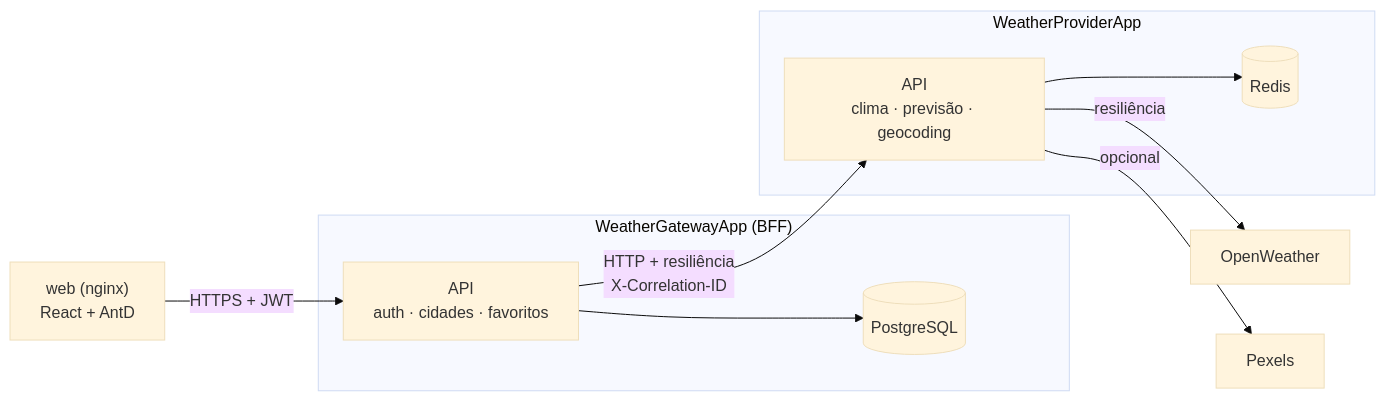
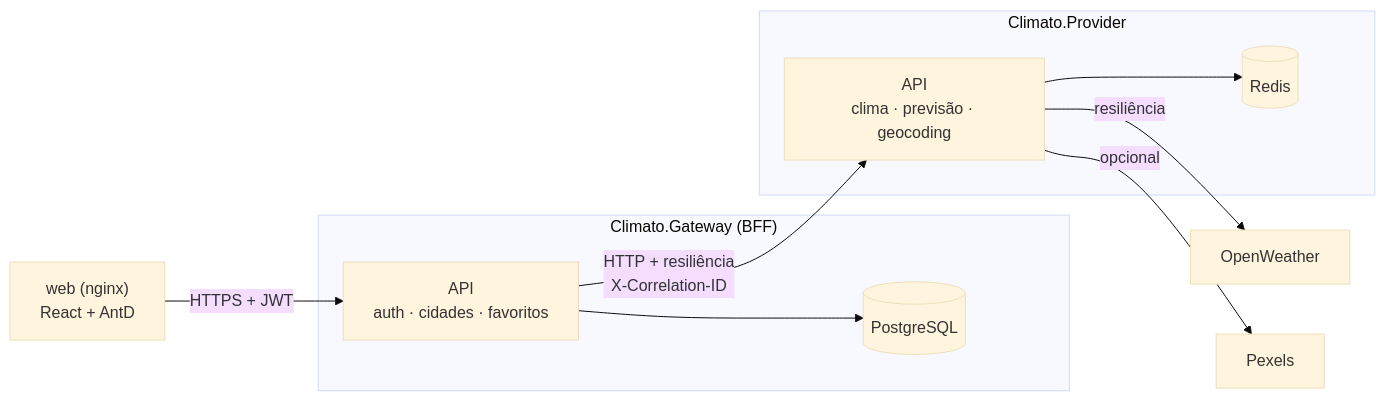
The second of 2 diagrams in docs/architecture/system-design.md (YudiKojima/Climato), drawn with Mermaid (base theme) before and after one commit. The commit also changed other lines of this file and 13 other files, not shown here.

````diff
--- a/docs/architecture/system-design.md
+++ b/docs/architecture/system-design.md
@@ -22,13 +22,13 @@
 ```mermaid
 flowchart LR
     web["web (nginx)<br/>React + AntD"] -- "HTTPS + JWT" --> gw
-    subgraph Gateway["WeatherGatewayApp (BFF)"]
+    subgraph Gateway["Climato.Gateway (BFF)"]
         gw["API<br/>auth · cidades · favoritos"] --> db[(PostgreSQL)]
     end
     gw -- "HTTP + resiliência<br/>X-Correlation-ID" --> pv
-    subgraph Provider["WeatherProviderApp"]
+    subgraph Provider["Climato.Provider"]
         pv["API<br/>clima · previsão · geocoding"] --> cache[(Redis)]
     end
     pv -- "resiliência" --> ow["OpenWeather"]
     pv -- "opcional" --> px["Pexels"]
 ```
````
